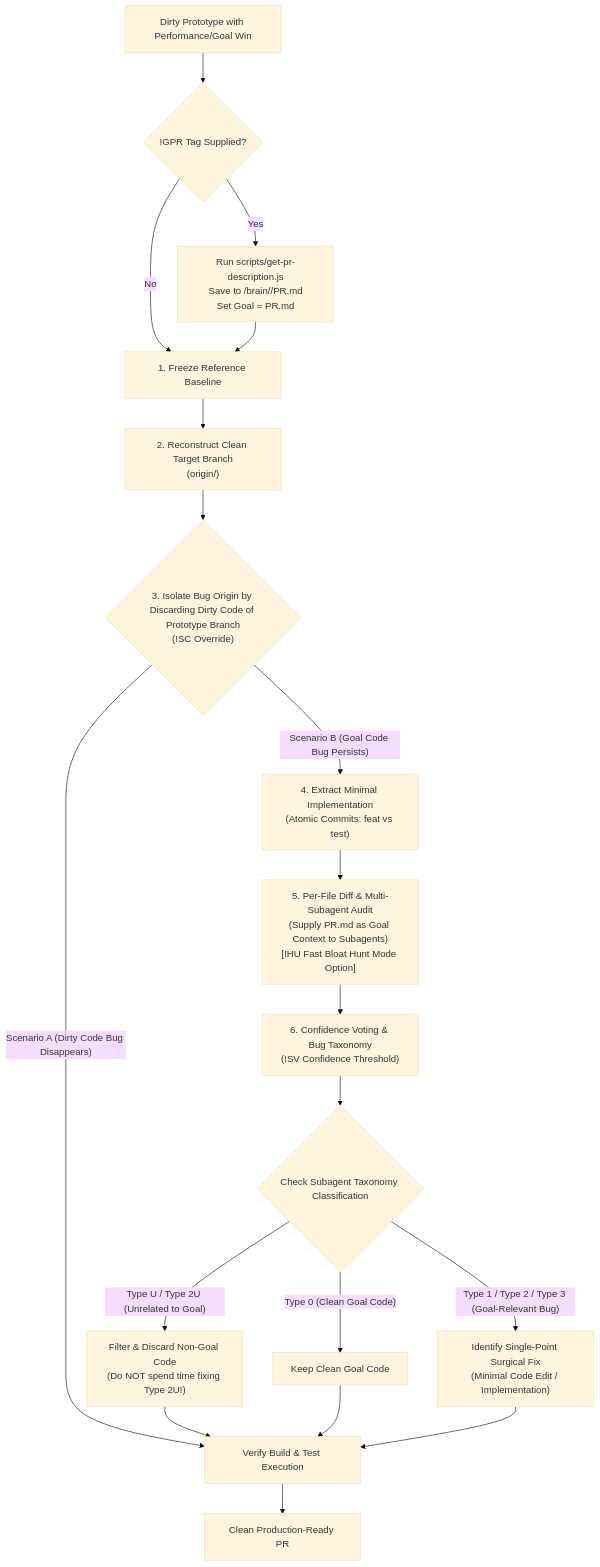
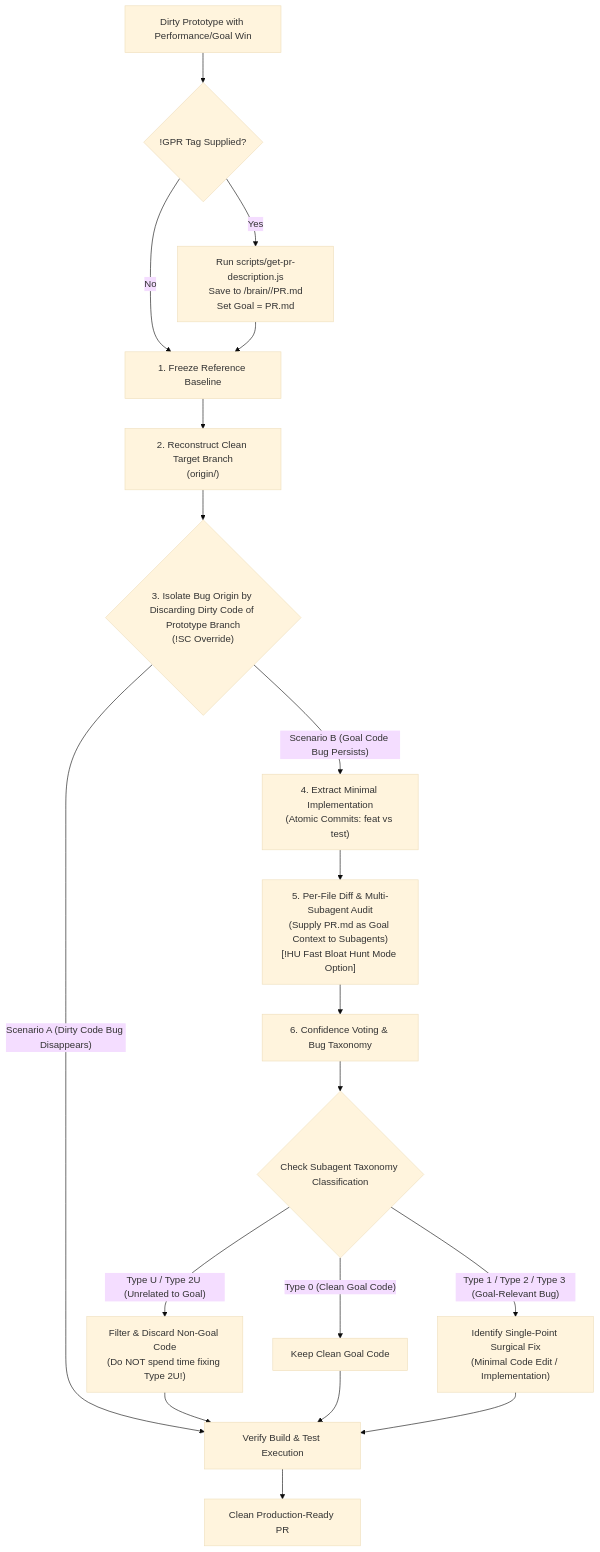
One commit to loerei/myskills changed the diagram in engineering/afterplay/SKILL.md. Above: the diagram before and after it, drawn with Mermaid (base theme). The commit also changed other lines of this file, not shown here.

````diff
--- a/engineering/afterplay/SKILL.md
+++ b/engineering/afterplay/SKILL.md
@@ -16,33 +16,33 @@
 ```mermaid
 flowchart TD
     Start["Dirty Prototype with Performance/Goal Win"] --> CheckPR{"!GPR<PR_ID/URL> Tag Supplied?"}
     
     CheckPR -->|"Yes"| FetchPR["Run scripts/get-pr-description.js<br/>Save to <appDataDir>/brain/<id>/PR.md<br/>Set Goal = PR.md"]
     CheckPR -->|"No"| Phase1["1. Freeze Reference Baseline"]
     
     FetchPR --> Phase1
     
     Phase1 --> Phase2["2. Reconstruct Clean Target Branch<br/>(origin/<target-base-branch>)"]
     
     Phase2 --> Phase3{"3. Isolate Bug Origin by Discarding Dirty Code of Prototype Branch<br/>(!SC<A|B> Override)"}
     
     Phase3 -->|"Scenario A (Dirty Code Bug Disappears)"| Verify["Verify Build & Test Execution"]
     
     Phase3 -->|"Scenario B (Goal Code Bug Persists)"| Phase4["4. Extract Minimal Implementation<br/>(Atomic Commits: feat vs test)"]
     
     Phase4 --> Phase5["5. Per-File Diff & Multi-Subagent Audit<br/>(Supply PR.md as Goal Context to Subagents)<br/>[!HU Fast Bloat Hunt Mode Option]"]
     
-    Phase5 --> Phase6["6. Confidence Voting & Bug Taxonomy<br/>(!SV<N> Confidence Threshold)"]
+    Phase5 --> Phase6["6. Confidence Voting & Bug Taxonomy"]
     
     Phase6 --> CheckCategory{"Check Subagent Taxonomy Classification"}
     
     CheckCategory -->|"Type U / Type 2U (Unrelated to Goal)"| StripCode["Filter & Discard Non-Goal Code<br/>(Do NOT spend time fixing Type 2U!)"]
     CheckCategory -->|"Type 0 (Clean Goal Code)"| KeepCode["Keep Clean Goal Code"]
     CheckCategory -->|"Type 1 / Type 2 / Type 3 (Goal-Relevant Bug)"| SurgicalFix["Identify Single-Point Surgical Fix<br/>(Minimal Code Edit / Implementation)"]
     
     StripCode --> Verify
     KeepCode --> Verify
     SurgicalFix --> Verify
     
     Verify --> Done["Clean Production-Ready PR"]
 ```
````
